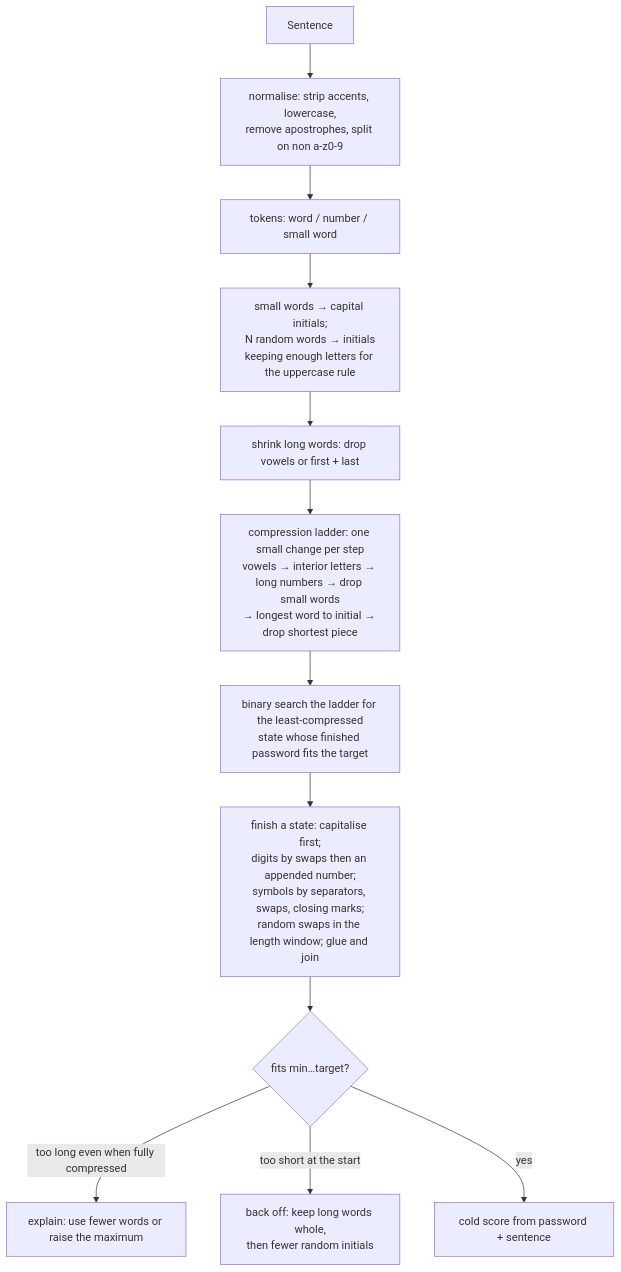
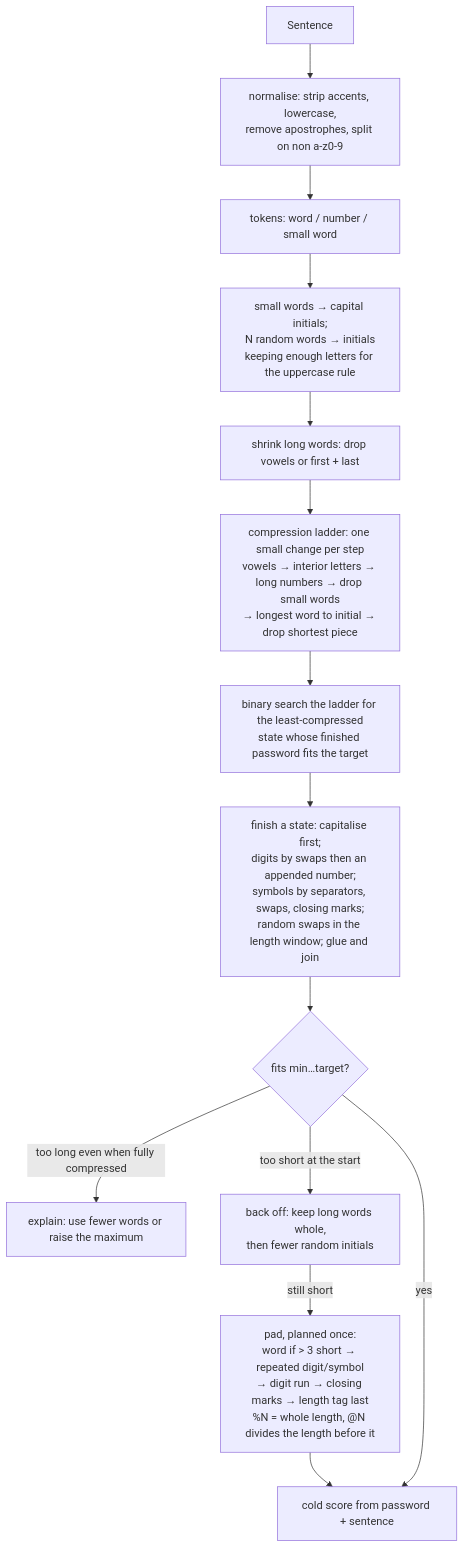
One commit to SalientForm/elegant-password changed the second of 3 diagrams in docs/algorithm-flow.md. Above: the diagram before and after it, drawn with Mermaid. The commit also changed other lines of this file and 30 other files, not shown here.

````diff
--- a/docs/algorithm-flow.md
+++ b/docs/algorithm-flow.md
@@ -59,14 +59,16 @@
 ```mermaid
 flowchart TD
   A[Sentence] --> B[normalise: strip accents, lowercase,\nremove apostrophes, split on non a-z0-9]
   B --> C[tokens: word / number / small word]
   C --> D[small words → capital initials;\nN random words → initials\nkeeping enough letters for the uppercase rule]
   D --> E[shrink long words: drop vowels or first + last]
   E --> F[compression ladder: one small change per step\nvowels → interior letters → long numbers → drop small words\n→ longest word to initial → drop shortest piece]
   F --> G[binary search the ladder for the least-compressed\nstate whose finished password fits the target]
   G --> H[finish a state: capitalise first;\ndigits by swaps then an appended number;\nsymbols by separators, swaps, closing marks;\nrandom swaps in the length window; glue and join]
   H --> I{fits min…target?}
   I -- too long even when fully compressed --> J[explain: use fewer words or raise the maximum]
   I -- too short at the start --> K[back off: keep long words whole,\nthen fewer random initials]
+  K -- still short --> P[pad, planned once:\nword if > 3 short → repeated digit/symbol\n→ digit run → closing marks → length tag last\n%N = whole length, @N divides the length before it]
+  P --> L
   I -- yes --> L[cold score from password + sentence]
 ```
````
